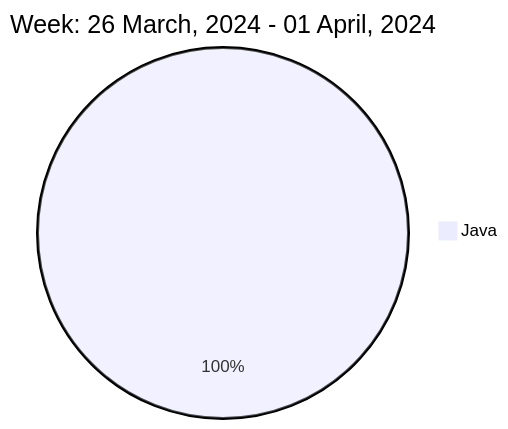
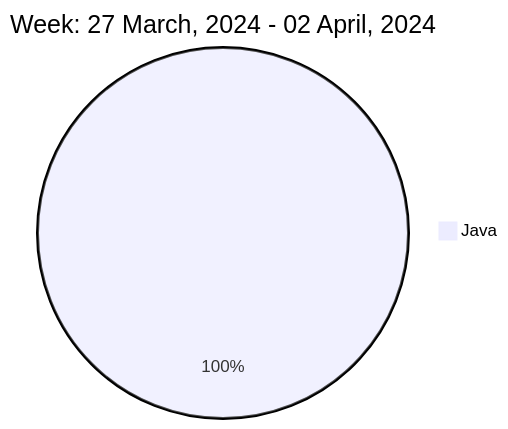
The diagram in README.md (liubin95/liubin95), drawn with Mermaid before and after one commit.

Commit message:
Updated the Graph with new Metrics

````diff
--- a/README.md
+++ b/README.md
@@ -37,5 +37,5 @@
 ```mermaid
  pie
-title Week: 26 March, 2024 - 01 April, 2024
- "Java" : 3.47
+title Week: 27 March, 2024 - 02 April, 2024
+ "Java" : 2.42
 ```
````
